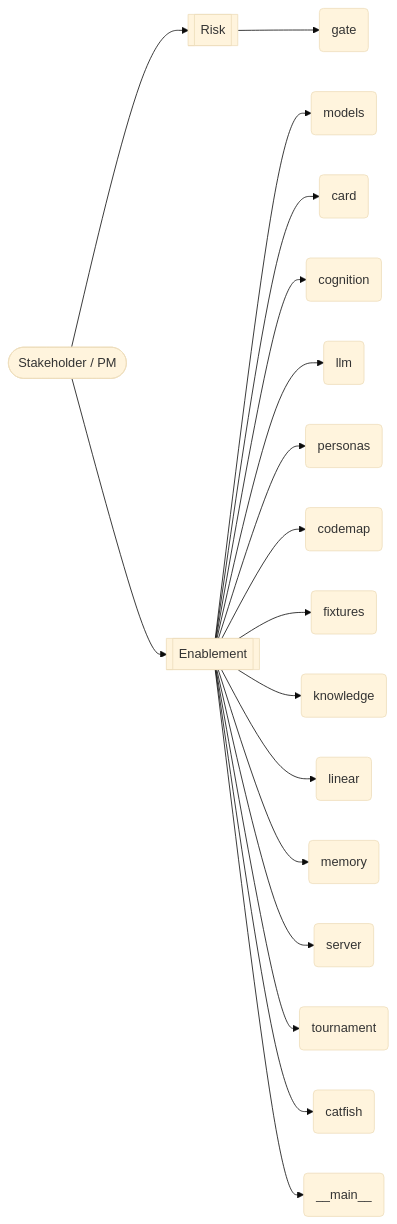
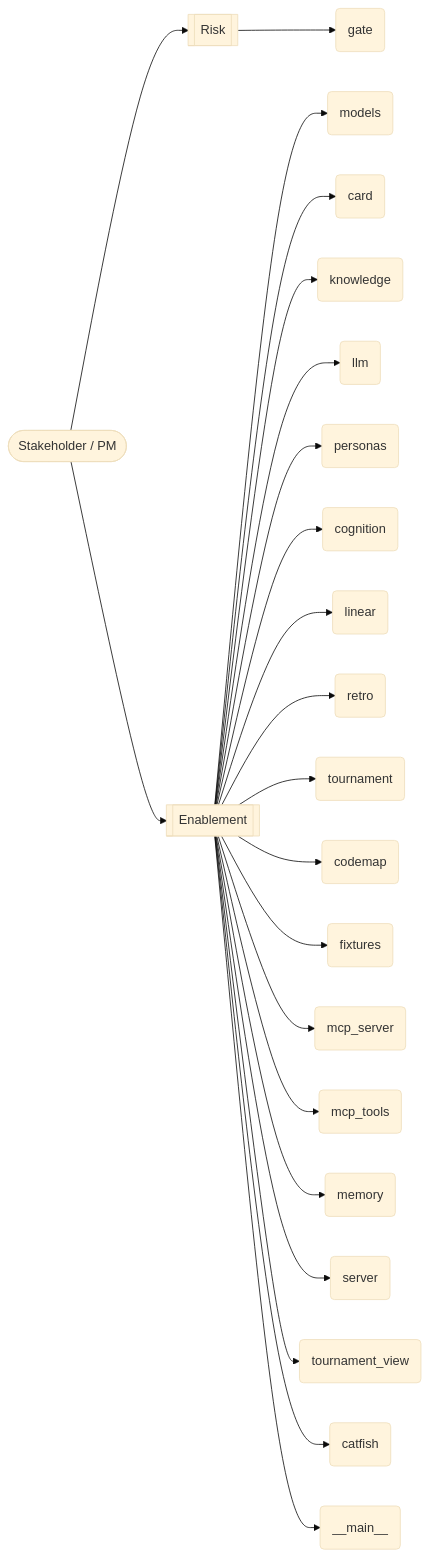
One commit to JamalMansuri/fried-catfish changed the diagram in wiki/business.md. Above: the diagram before and after it, drawn with Mermaid (base theme). The commit also changed other lines of this file and 15 other files, not shown here.

````diff
--- a/wiki/business.md
+++ b/wiki/business.md
@@ -13,23 +13,27 @@
 ```mermaid
 graph LR
   user([Stakeholder / PM])
   risk[[Risk]]
   user --> risk
   risk --> catfish-gate(gate)
   enablement[[Enablement]]
   user --> enablement
   enablement --> catfish-models(models)
   enablement --> catfish-card(card)
-  enablement --> catfish-cognition(cognition)
+  enablement --> catfish-knowledge(knowledge)
   enablement --> catfish-llm(llm)
   enablement --> catfish-personas(personas)
+  enablement --> catfish-cognition(cognition)
+  enablement --> catfish-linear(linear)
+  enablement --> catfish-retro(retro)
+  enablement --> catfish-tournament(tournament)
   enablement --> catfish-codemap(codemap)
   enablement --> catfish-fixtures(fixtures)
-  enablement --> catfish-knowledge(knowledge)
-  enablement --> catfish-linear(linear)
+  enablement --> catfish-mcp_server(mcp_server)
+  enablement --> catfish-mcp_tools(mcp_tools)
   enablement --> catfish-memory(memory)
   enablement --> catfish-server(server)
-  enablement --> catfish-tournament(tournament)
+  enablement --> catfish-tournament_view(tournament_view)
   enablement --> catfish(catfish)
   enablement --> catfish-__main__(__main__)
 ```
````
